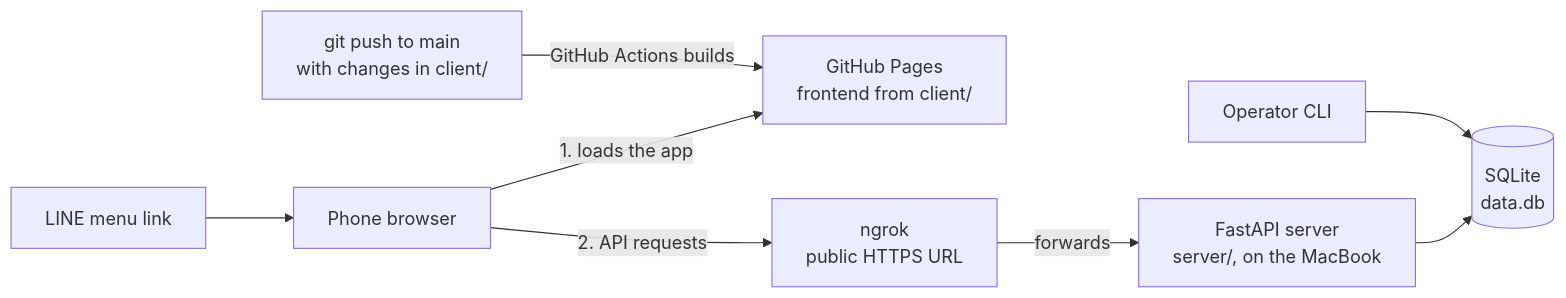
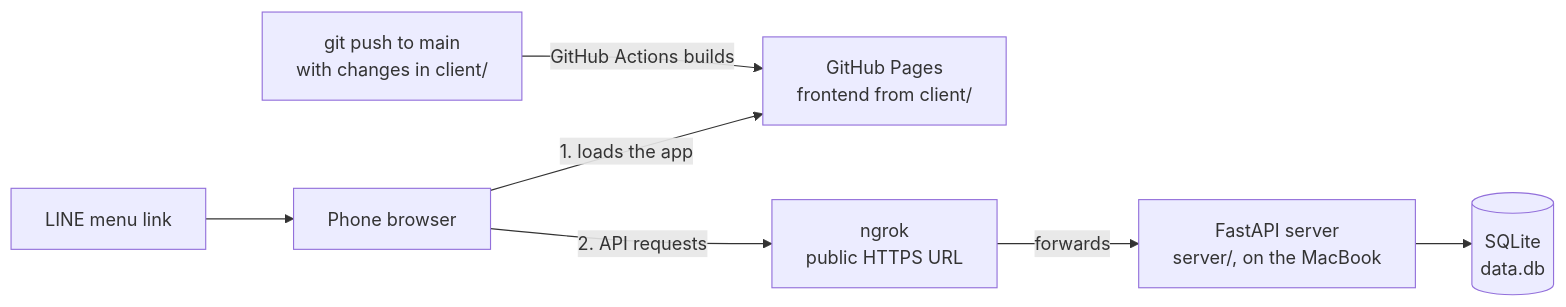
One commit to Yu-TingLee/IM5068-final-project changed the first of 2 diagrams in README.md. Above: the diagram before and after it, drawn with Mermaid. The commit also changed other lines of this file, not shown here.

Commit message:
docs: refine architecture diagram

````diff
--- a/README.md
+++ b/README.md
@@ -10,10 +10,9 @@
 ```mermaid
 flowchart LR
     Menu["LINE menu link"] --> Phone["Phone browser"]
     Phone -->|"1. loads the app"| Pages["GitHub Pages<br/>frontend from client/"]
     Phone -->|"2. API requests"| Ngrok["ngrok<br/>public HTTPS URL"]
     Ngrok -->|forwards| API["FastAPI server<br/>server/, on the MacBook"]
     API --> DB[("SQLite<br/>data.db")]
-    CLI["Operator CLI"] --> DB
     Push["git push to main<br/>with changes in client/"] -->|"GitHub Actions builds"| Pages
 ```
````
